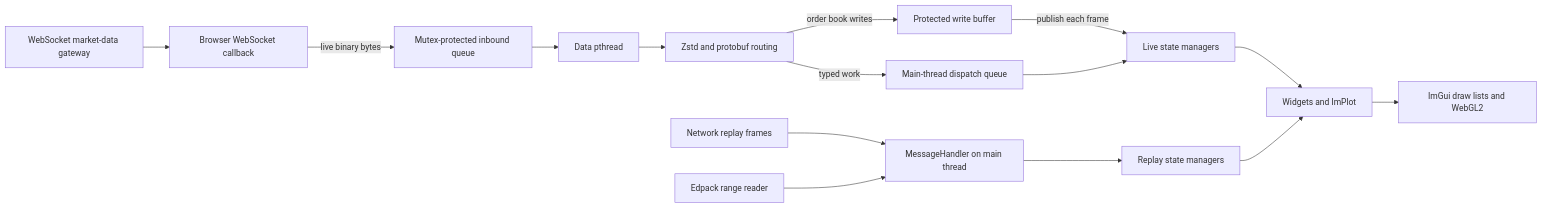
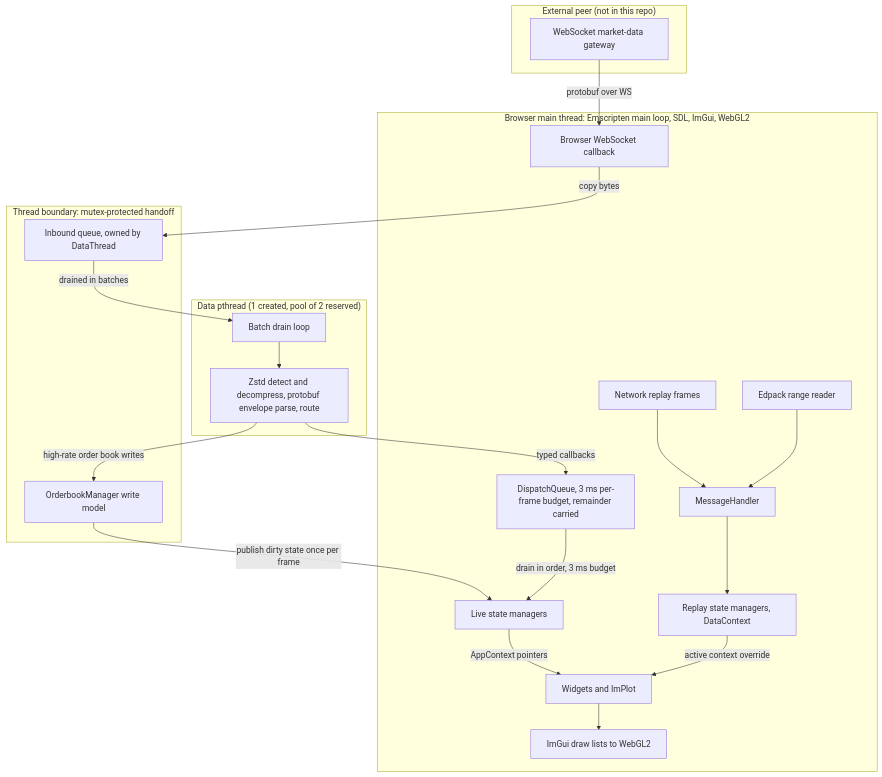
The diagram in ARCHITECTURE.md (edgedepthhq/edgedepth-terminal), drawn with Mermaid before and after one commit.

Commit message:
Group the architecture diagram by execution context
The flat LR flowchart did not show which thread each node runs on, which is
the first thing a reader needs before changing a feed, manager or widget.

Same nodes and edges as before, now in swimlanes. The two mutex-protected
handoffs get their own lane rather than sitting inside one thread, because
each spans the boundary: the browser callback copies into the queue that
DataThread drains, and the worker writes the OrderbookManager write model
that the main thread publishes once per frame. Filing either inside a single
lane would hide the boundary the diagram exists to show.

The browser WebSocket callback stays in the main-thread lane. It runs on the
browser side of the main runtime, so drawing it as its own thread would
invent one. The edpack reader stays in-process; the gateway is the only
external peer.

Labels now carry the two synchronization facts the prose already states: the
3 ms per-frame DispatchQueue budget with remainder carried, and the per-frame
publish on the order book path.

````diff
--- a/ARCHITECTURE.md
+++ b/ARCHITECTURE.md
@@ -13,17 +13,43 @@
 ```mermaid
-flowchart LR
-    G[WebSocket market-data gateway] --> W[Browser WebSocket callback]
-    W -->|live binary bytes| Q[Mutex-protected inbound queue]
-    Q --> D[Data pthread]
-    D --> H[Zstd and protobuf routing]
-    H -->|order book writes| B[Protected write buffer]
-    H -->|typed work| X[Main-thread dispatch queue]
-    B -->|publish each frame| M[Live state managers]
-    X --> M
-    N[Network replay frames] --> R[MessageHandler on main thread]
-    P[Edpack range reader] --> R
-    R --> RM[Replay state managers]
-    M --> U[Widgets and ImPlot]
-    RM --> U
-    U --> GL[ImGui draw lists and WebGL2]
+flowchart TB
+    subgraph ext ["External peer (not in this repo)"]
+        G["WebSocket market-data gateway"]
+    end
+
+    subgraph worker ["Data pthread (1 created, pool of 2 reserved)"]
+        D["Batch drain loop"]
+        H["Zstd detect and decompress, protobuf envelope parse, route"]
+    end
+
+    subgraph boundary ["Thread boundary: mutex-protected handoff"]
+        Q["Inbound queue, owned by DataThread"]
+        B["OrderbookManager write model"]
+    end
+
+    subgraph main ["Browser main thread: Emscripten main loop, SDL, ImGui, WebGL2"]
+        W["Browser WebSocket callback"]
+        X["DispatchQueue, 3 ms per-frame budget, remainder carried"]
+        M["Live state managers"]
+        N["Network replay frames"]
+        P["Edpack range reader"]
+        R["MessageHandler"]
+        RM["Replay state managers, DataContext"]
+        U["Widgets and ImPlot"]
+        GL["ImGui draw lists to WebGL2"]
+    end
+
+    G -->|"protobuf over WS"| W
+    W -->|"copy bytes"| Q
+    Q -->|"drained in batches"| D
+    D --> H
+    H -->|"high-rate order book writes"| B
+    H -->|"typed callbacks"| X
+    B -->|"publish dirty state once per frame"| M
+    X -->|"drain in order, 3 ms budget"| M
+    N --> R
+    P --> R
+    R --> RM
+    M -->|"AppContext pointers"| U
+    RM -->|"active context override"| U
+    U --> GL
 ```
````
